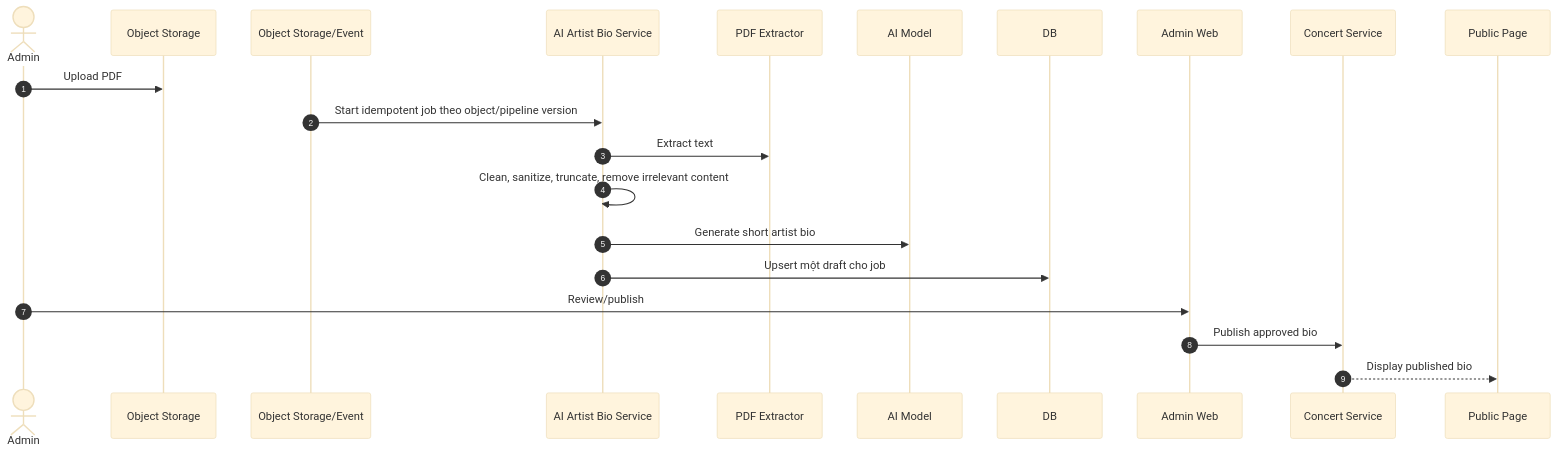
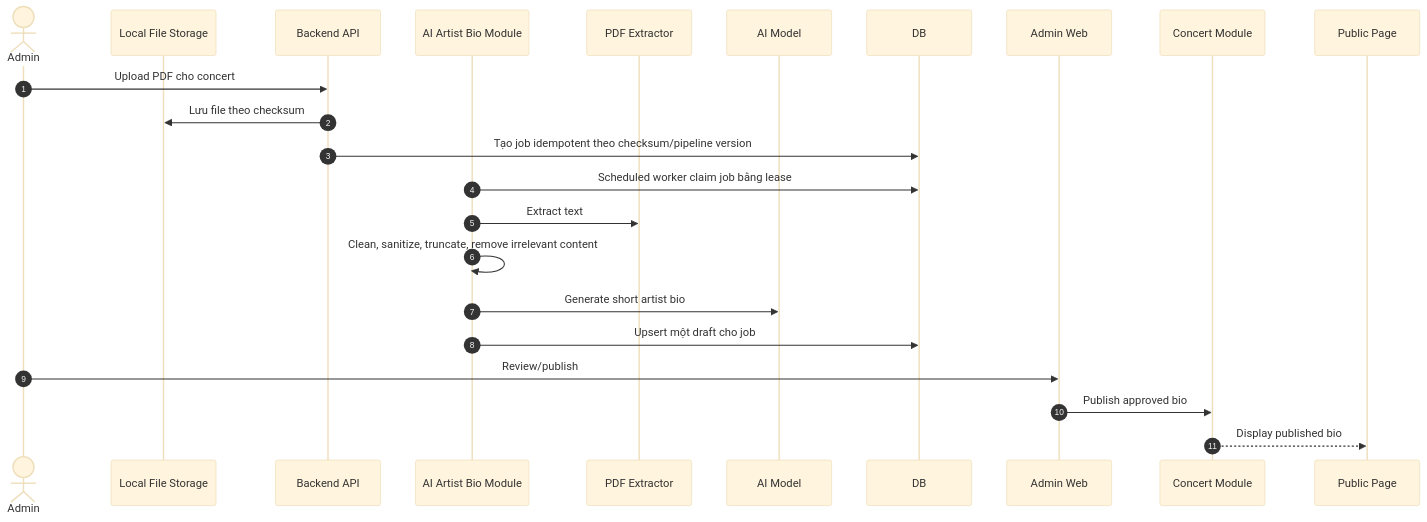
The fifth of 5 diagrams in blueprint/05-business-flows.md (Toanapr/ticket-box), drawn with Mermaid (base theme) before and after one commit. The commit also changed other lines of this file and 24 other files, not shown here.

````diff
--- a/blueprint/05-business-flows.md
+++ b/blueprint/05-business-flows.md
@@ -162,24 +158,26 @@
 ```mermaid
 sequenceDiagram
     autonumber
     actor Admin as Admin
-    participant Storage as Object Storage
-    participant Event as Object Storage/Event
-    participant AI as AI Artist Bio Service
+    participant Storage as Local File Storage
+    participant API as Backend API
+    participant AI as AI Artist Bio Module
     participant PDF as PDF Extractor
     participant Model as AI Model
     participant DB as DB
     participant AdminWeb as Admin Web
-    participant Concert as Concert Service
+    participant Concert as Concert Module
     participant PublicPage as Public Page
 
-    Admin->>Storage: Upload PDF
-    Event->>AI: Start idempotent job theo object/pipeline version
+    Admin->>API: Upload PDF cho concert
+    API->>Storage: Lưu file theo checksum
+    API->>DB: Tạo job idempotent theo checksum/pipeline version
+    AI->>DB: Scheduled worker claim job bằng lease
     AI->>PDF: Extract text
     AI->>AI: Clean, sanitize, truncate, remove irrelevant content
     AI->>Model: Generate short artist bio
     AI->>DB: Upsert một draft cho job
     Admin->>AdminWeb: Review/publish
     AdminWeb->>Concert: Publish approved bio
     Concert-->>PublicPage: Display published bio
 ```
````
